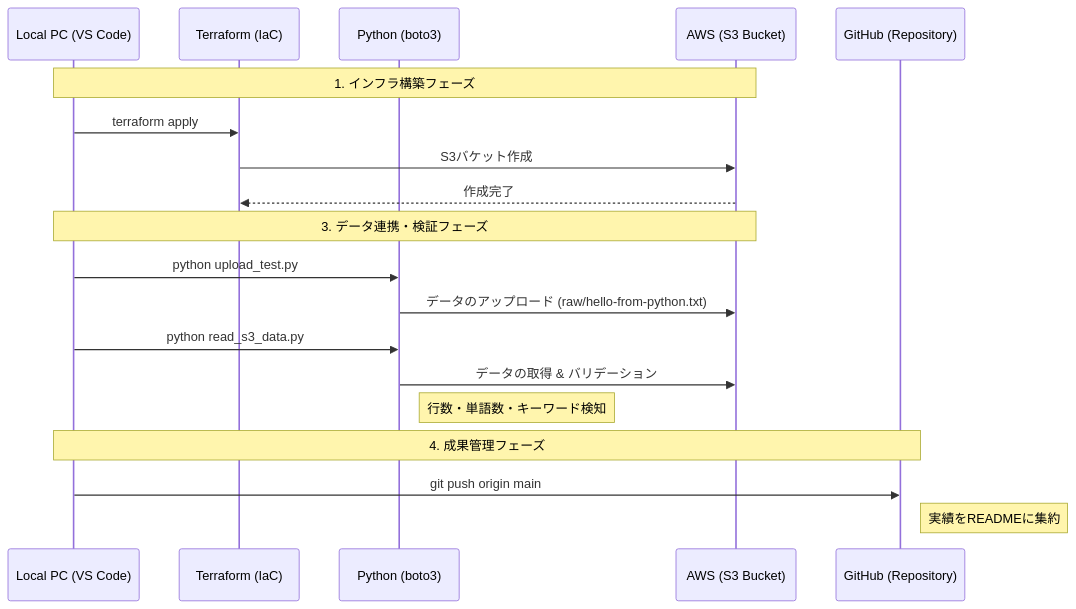
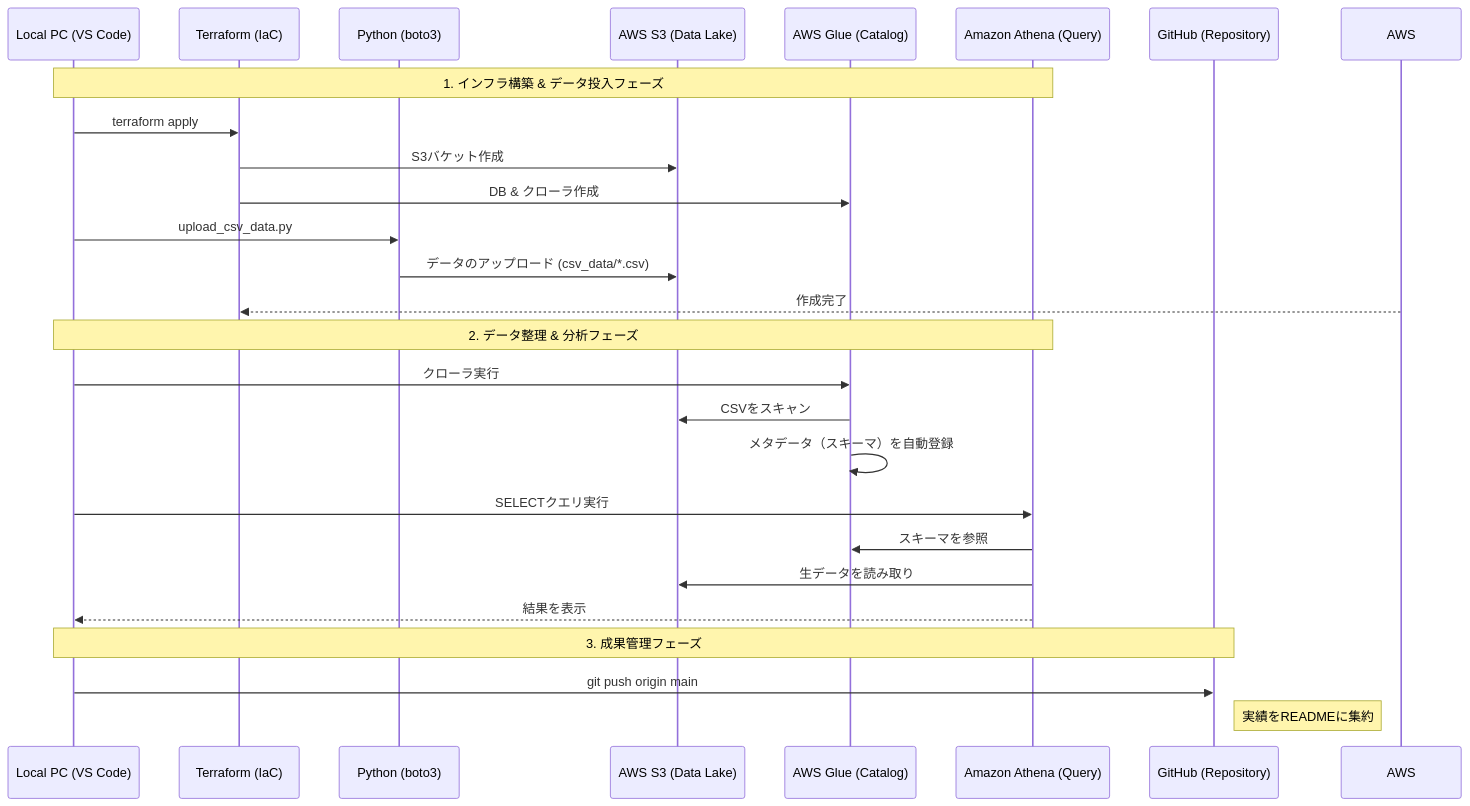
Before and after one commit to kou-sato-ds/Mastering-DS-ML-Engineering: the diagram in 01_DEA/README.md, drawn with Mermaid. The commit also changed other lines of this file and 8 other files, not shown here.

Commit message:
feat: Finish Modern Data Lake Pipeline implementation (Sprint 3)

````diff
--- a/01_DEA/README.md
+++ b/01_DEA/README.md
@@ -30,24 +31,31 @@
 ```mermaid
 sequenceDiagram
-    participant PC as Local PC (VS Code)
-    participant TF as Terraform (IaC)
-    participant PY as Python (boto3)
-    participant AWS as AWS (S3 Bucket)
-    participant GH as GitHub (Repository)
+    participant PC as Local PC (VS Code)
+    participant TF as Terraform (IaC)
+    participant PY as Python (boto3)
+    participant S3 as AWS S3 (Data Lake)
+    participant Glue as AWS Glue (Catalog)
+    participant Athena as Amazon Athena (Query)
+    participant GH as GitHub (Repository)
 
-    Note over PC, AWS: 1. インフラ構築フェーズ
-    PC->>TF: terraform apply
-    TF->>AWS: S3バケット作成
-    AWS-->>TF: 作成完了
+    Note over PC, Athena: 1. インフラ構築 & データ投入フェーズ
+    PC->>TF: terraform apply
+    TF->>S3: S3バケット作成
+    TF->>Glue: DB & クローラ作成
+    PC->>PY: upload_csv_data.py
+    PY->>S3: データのアップロード (csv_data/*.csv)
+    AWS-->>TF: 作成完了
 
-    Note over PC, AWS: 3. データ連携・検証フェーズ
-    PC->>PY: python upload_test.py
-    PY->>AWS: データのアップロード (raw/hello-from-python.txt)
-    PC->>PY: python read_s3_data.py
-    PY->>AWS: データの取得 & バリデーション
-    Note right of PY: 行数・単語数・キーワード検知
+    Note over PC, Athena: 2. データ整理 & 分析フェーズ
+    PC->>Glue: クローラ実行
+    Glue->>S3: CSVをスキャン
+    Glue->>Glue: メタデータ（スキーマ）を自動登録
+    PC->>Athena: SELECTクエリ実行
+    Athena->>Glue: スキーマを参照
+    Athena->>S3: 生データを読み取り
+    Athena-->>PC: 結果を表示
 
-    Note over PC, GH: 4. 成果管理フェーズ
-    PC->>GH: git push origin main
-    Note right of GH: 実績をREADMEに集約
+    Note over PC, GH: 3. 成果管理フェーズ
+    PC->>GH: git push origin main
+    Note right of GH: 実績をREADMEに集約
 ```
````
